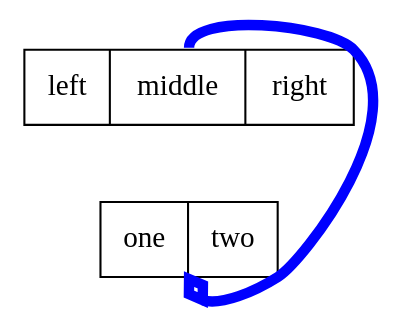
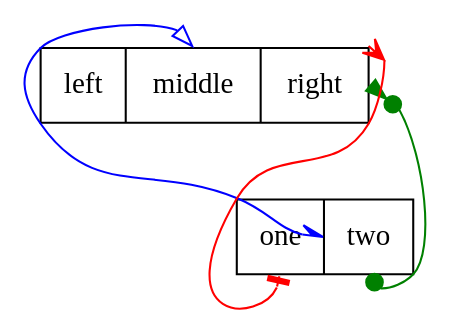
Before and after one commit to graphviz-perl/GraphViz2-Marpa: the diagram in data/17.gv, drawn with Graphviz. The commit also changed 4 other files, not shown here.

```diff
--- a/data/17.gv
+++ b/data/17.gv
@@ -1,24 +1,40 @@
 digraph graph_17
 {
 	node
 	[
 		shape = "record"
 	]
 	edge
 	[
 		color = "blue"
-		penwidth = 5
+		penwidth = 1
 	]
 	node_17_1
 	[
-		label = "<f0> left|<f1> middle|<f2> right"
+		label = "<p11> left|<p12> middle|<p13> right"
 	]
 	node_17_2
 	[
-		label = "<f0> one|<f1> two"
+		label = "<p21> one|<p22> two"
 	]
-	node_17_1:n -> node_17_2:s
+	node_17_1:p12:n -> node_17_2:p22:w
 	[
-		arrowhead = "odiamond"
+		arrowtail = "empty"
+		arrowhead = "halfopen"
+		dir       = "both"
+	]
+	node_17_1:p13:e -> node_17_2:p22:s
+	[
+		arrowtail = "invdot"
+		arrowhead = "dot"
+		color     = green
+		dir       = "both"
+	]
+	node_17_1:p13:ne -> node_17_2:p21:s
+	[
+		arrowtail = "crow"
+		arrowhead = "tee"
+		color     = red
+		dir       = "both"
 	]
 }
```
